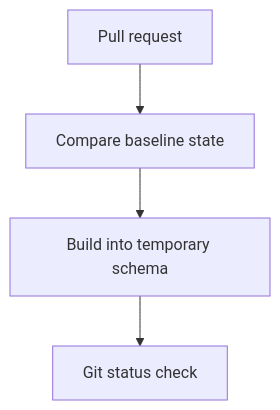
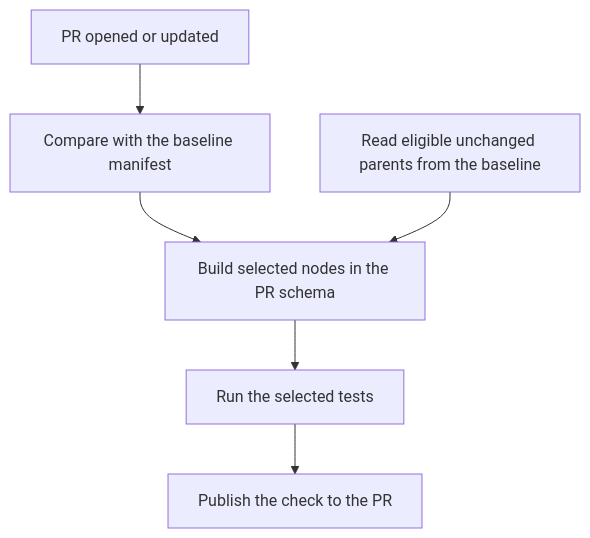
One commit to Rohit1024/dbt-learn changed the diagram in docs/lessons/0023-ci-jobs-temporary-schemas-and-slim-ci.md. Above: the diagram before and after it, drawn with Mermaid. The commit also changed other lines of this file and 4 other files, not shown here.

````diff
--- a/docs/lessons/0023-ci-jobs-temporary-schemas-and-slim-ci.md
+++ b/docs/lessons/0023-ci-jobs-temporary-schemas-and-slim-ci.md
@@ -7,8 +16,9 @@
 ```mermaid
 flowchart TD
-    A["Pull request"]
-    B["Compare baseline state"]
-    C["Build into temporary schema"]
-    D["Git status check"]
-    A --> B --> C --> D
+    A["PR opened or updated"]
+    A --> B["Compare with the baseline manifest"]
+    B --> C["Build selected nodes in the PR schema"]
+    F["Read eligible unchanged parents from the baseline"] --> C
+    C --> D["Run the selected tests"]
+    D --> E["Publish the check to the PR"]
 ```
````
